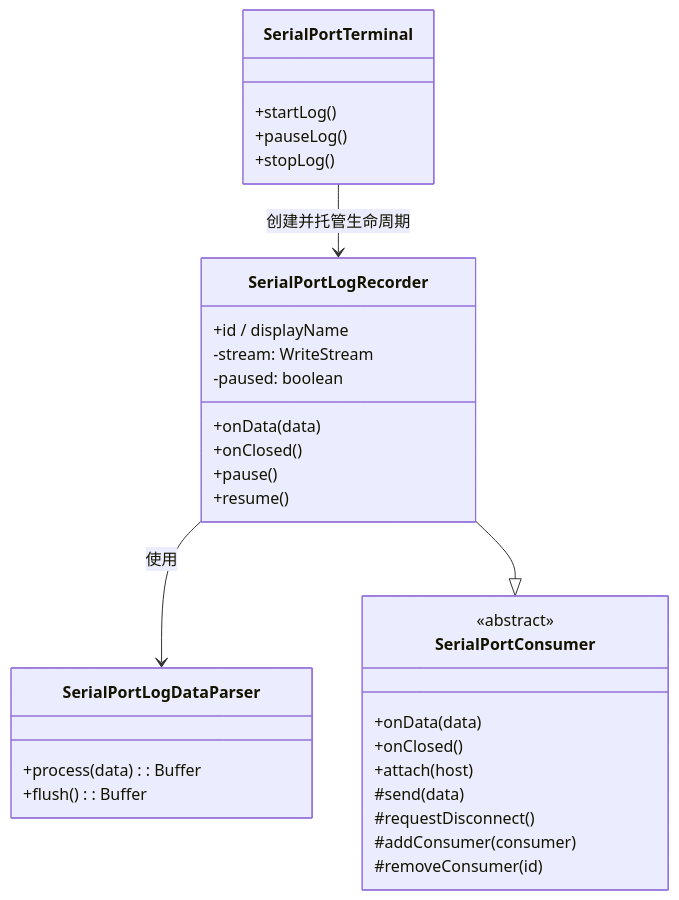
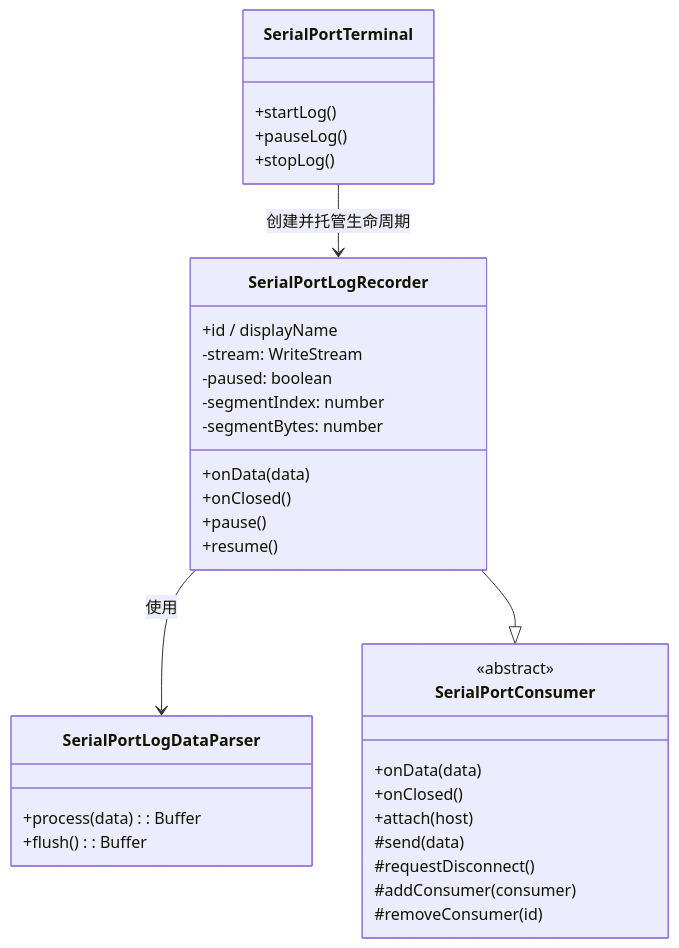
Before and after one commit to ziqiang-zhu/vscode-serial-port-terminal: the diagram in doc/ConsumerDesign/SerialPortLogRecorder设计.md, drawn with Mermaid. The commit also changed other lines of this file and 9 other files, not shown here.

````diff
--- a/doc/ConsumerDesign/SerialPortLogRecorder设计.md
+++ b/doc/ConsumerDesign/SerialPortLogRecorder设计.md
@@ -158,34 +166,36 @@
 ```mermaid
 classDiagram
     class SerialPortConsumer {
         <<abstract>>
         +onData(data)
         +onClosed()
         +attach(host)
         #send(data)
         #requestDisconnect()
         #addConsumer(consumer)
         #removeConsumer(id)
     }
     class SerialPortLogRecorder {
         +id / displayName
         +onData(data)
         +onClosed()
         +pause()
         +resume()
         -stream: WriteStream
         -paused: boolean
+        -segmentIndex: number
+        -segmentBytes: number
     }
     class SerialPortLogDataParser {
         +process(data): Buffer
         +flush(): Buffer
     }
     class SerialPortTerminal {
         +startLog()
         +pauseLog()
         +stopLog()
     }
     SerialPortLogRecorder --> SerialPortLogDataParser : 使用
     SerialPortLogRecorder --|> SerialPortConsumer
     SerialPortTerminal --> SerialPortLogRecorder : 创建并托管生命周期
 ```
````
